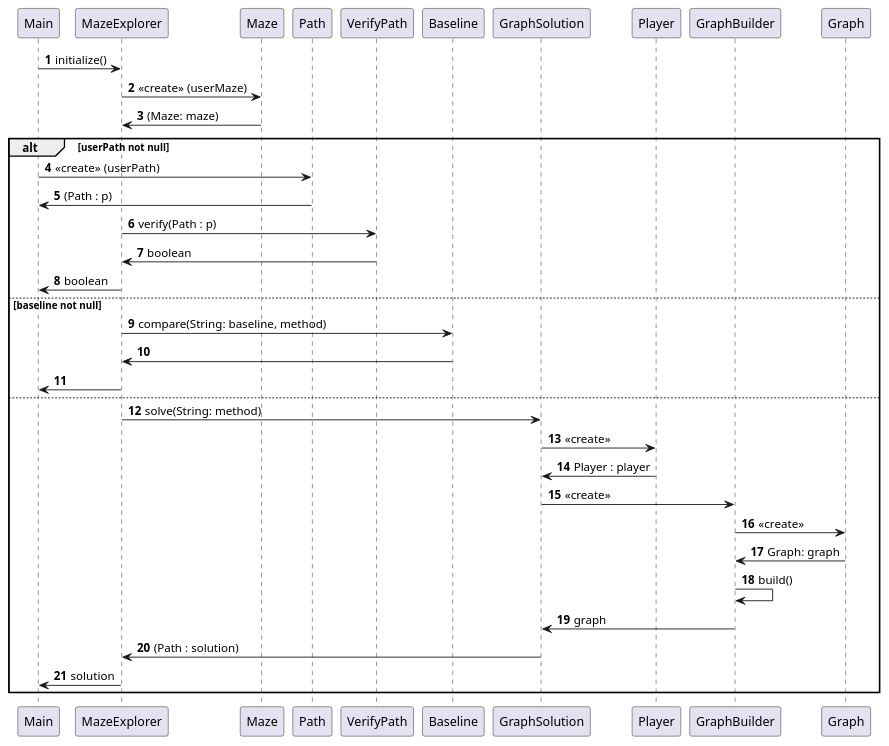
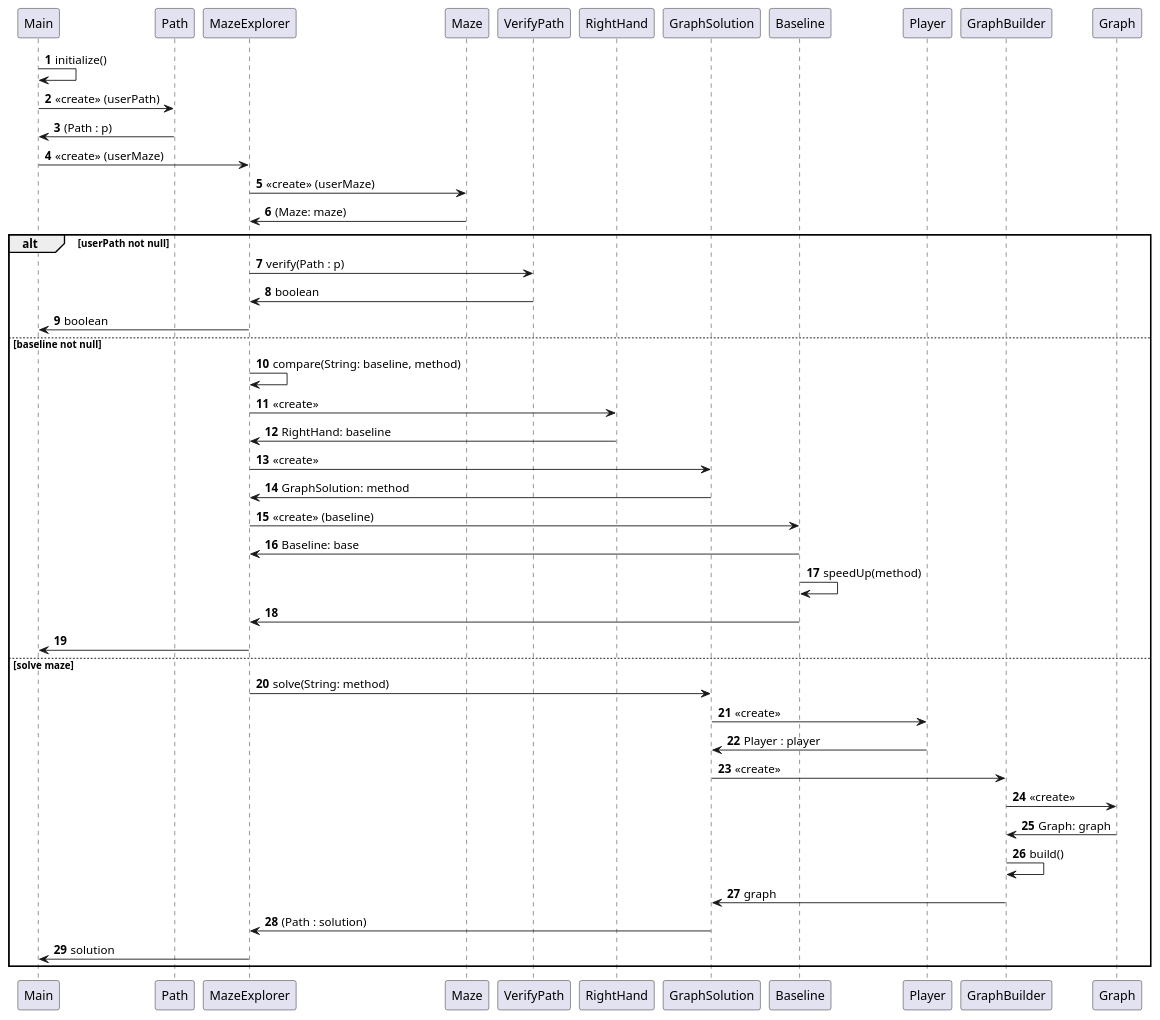
One commit to 2AA4-W24/a3-maze-runner-take-two-jjustin-k changed the diagram in uml/Flow.puml. Above: the diagram before and after it, drawn with PlantUML.

Commit message:
uml progress

```diff
--- a/uml/Flow.puml
+++ b/uml/Flow.puml
@@ -1,50 +1,57 @@
 @startuml
 'https://plantuml.com/sequence-diagram
 
 autonumber
 
-Main -> MazeExplorer: initialize()
+Main -> Main: initialize()
+Main -> Path: <<create>> (userPath)
+Path -> Main: (Path : p)
+Main -> MazeExplorer: <<create>> (userMaze)
+
 MazeExplorer -> Maze: <<create>> (userMaze)
 Maze -> MazeExplorer: (Maze: maze)
 
 
 alt userPath not null
 
-Main -> Path: <<create>> (userPath)
 
-Path -> Main: (Path : p)
 
 MazeExplorer -> VerifyPath: verify(Path : p)
 VerifyPath -> MazeExplorer: boolean
 MazeExplorer -> Main: boolean
 
 else baseline not null
-
-MazeExplorer -> Baseline: compare(String: baseline, method)
-
+MazeExplorer -> MazeExplorer: compare(String: baseline, method)
+MazeExplorer -> RightHand: <<create>>
+RightHand -> MazeExplorer: RightHand: baseline
+MazeExplorer -> GraphSolution: <<create>>
+GraphSolution -> MazeExplorer: GraphSolution: method
+MazeExplorer -> Baseline: <<create>> (baseline)
+Baseline -> MazeExplorer: Baseline: base
+Baseline -> Baseline: speedUp(method)
 Baseline -> MazeExplorer
 MazeExplorer -> Main
 
-else
+else solve maze
 
 MazeExplorer -> GraphSolution: solve(String: method)
 GraphSolution -> Player : <<create>>
 Player -> GraphSolution : Player : player
 GraphSolution -> GraphBuilder: <<create>>
 
 GraphBuilder -> Graph: <<create>>
 Graph -> GraphBuilder: Graph: graph
 GraphBuilder -> GraphBuilder: build()
 
 GraphBuilder -> GraphSolution: graph
 
 
 
 GraphSolution -> MazeExplorer: (Path : solution)
 MazeExplorer -> Main: solution
 
 
 end
 
 
 @enduml
```
